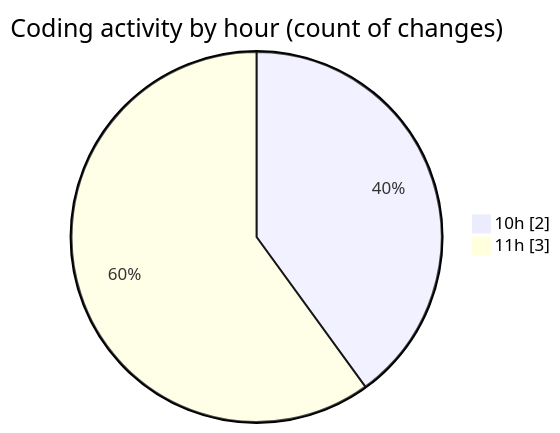
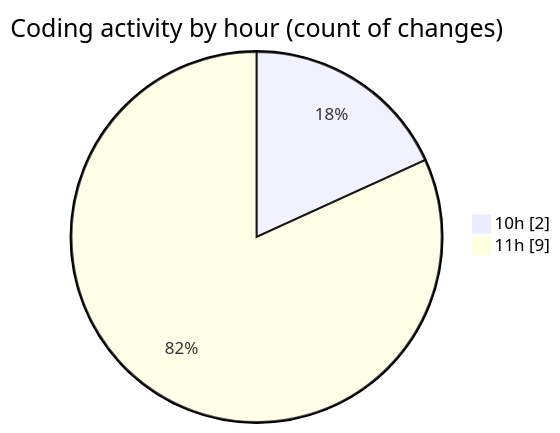
One commit to MatusMokan/code-tracking changed the second of 2 diagrams in 2025-03-17/myws__workspace_/README.md. Above: the diagram before and after it, drawn with Mermaid. The commit also changed other lines of this file and 1 other file, not shown here.

````diff
--- a/2025-03-17/myws__workspace_/README.md
+++ b/2025-03-17/myws__workspace_/README.md
@@ -29,6 +29,6 @@
 ```mermaid
 pie showData
 title Coding activity by hour (count of changes)
 "10h" : 2
-"11h" : 3
+"11h" : 9
 ```
````
